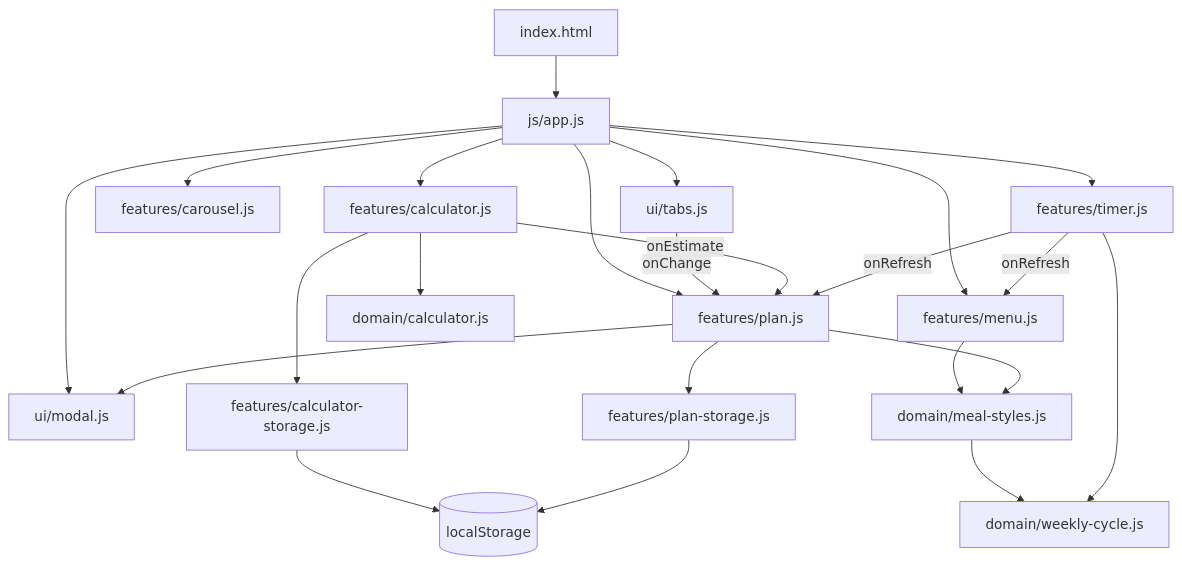
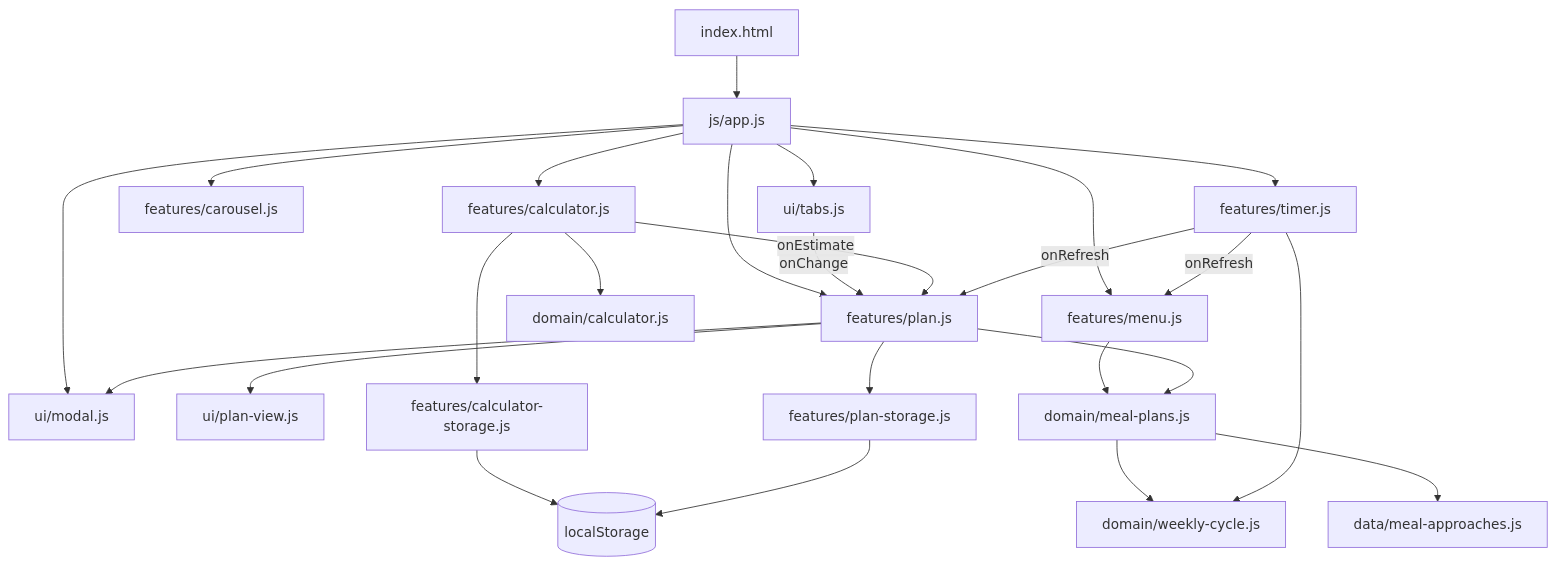
Before and after one commit to MykolaDotsenko/Healthy-Lifestyle-Website-Vanilla-JS: the diagram in ARCHITECTURE.md, drawn with Mermaid. The commit also changed other lines of this file and 31 other files, not shown here.

````diff
--- a/ARCHITECTURE.md
+++ b/ARCHITECTURE.md
@@ -15,30 +15,32 @@
 ```mermaid
 flowchart TD
     HTML[index.html] --> APP[js/app.js]
 
     APP --> TABS[ui/tabs.js]
     APP --> MODAL[ui/modal.js]
     APP --> MENU[features/menu.js]
     APP --> PLAN[features/plan.js]
     APP --> CAROUSEL[features/carousel.js]
     APP --> TIMER[features/timer.js]
     APP --> CALC[features/calculator.js]
 
     TABS -->|onChange| PLAN
     CALC -->|onEstimate| PLAN
     TIMER -->|onRefresh| MENU
     TIMER -->|onRefresh| PLAN
     PLAN --> MODAL
+    PLAN --> PLANVIEW[ui/plan-view.js]
 
-    MENU --> STYLES[domain/meal-styles.js]
-    PLAN --> STYLES
-    STYLES --> WEEKLY[domain/weekly-cycle.js]
+    MENU --> MEALPLANS[domain/meal-plans.js]
+    PLAN --> MEALPLANS
+    MEALPLANS --> MEALDATA[data/meal-approaches.js]
+    MEALPLANS --> WEEKLY[domain/weekly-cycle.js]
     TIMER --> WEEKLY
 
     CALC --> CALCDOMAIN[domain/calculator.js]
     CALC --> CALCSTORE[features/calculator-storage.js]
     PLAN --> PLANSTORE[features/plan-storage.js]
 
     CALCSTORE --> LS[(localStorage)]
     PLANSTORE --> LS
 ```
````
